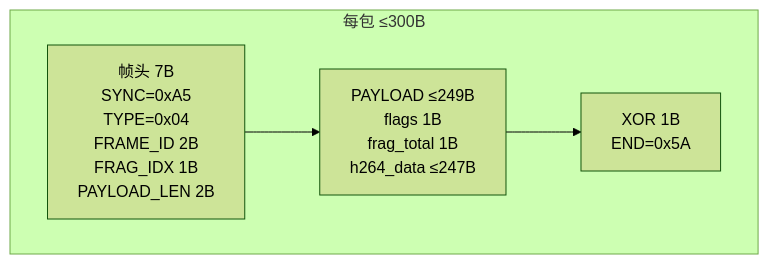
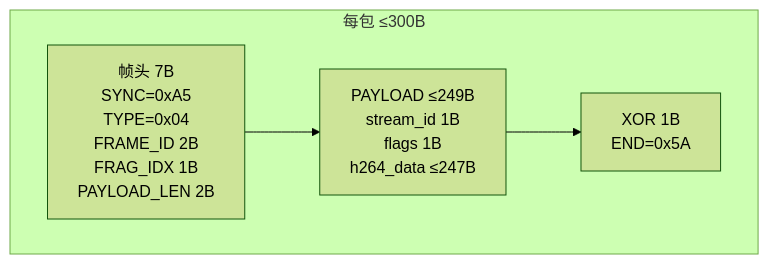
One commit to dfcyyyds/RoboMasterClientWMJ changed the fourth of 15 diagrams in 文档/视觉吊射方案.md. Above: the diagram before and after it, drawn with Mermaid (forest theme). The commit also changed other lines of this file and 106 other files, not shown here.

````diff
--- a/文档/视觉吊射方案.md
+++ b/文档/视觉吊射方案.md
@@ -265,10 +270,10 @@
 ```mermaid
 flowchart LR
   subgraph CustomByteBlock["每包 ≤300B"]
     direction LR
     Header["帧头 7B<br/>SYNC=0xA5<br/>TYPE=0x04<br/>FRAME_ID 2B<br/>FRAG_IDX 1B<br/>PAYLOAD_LEN 2B"]
-    Payload["PAYLOAD ≤249B<br/>flags 1B<br/>frag_total 1B<br/>h264_data ≤247B"]
+    Payload["PAYLOAD ≤249B<br/>stream_id 1B<br/>flags 1B<br/>h264_data ≤247B"]
     Footer["XOR 1B<br/>END=0x5A"]
     Header --> Payload --> Footer
   end
 ```
````
